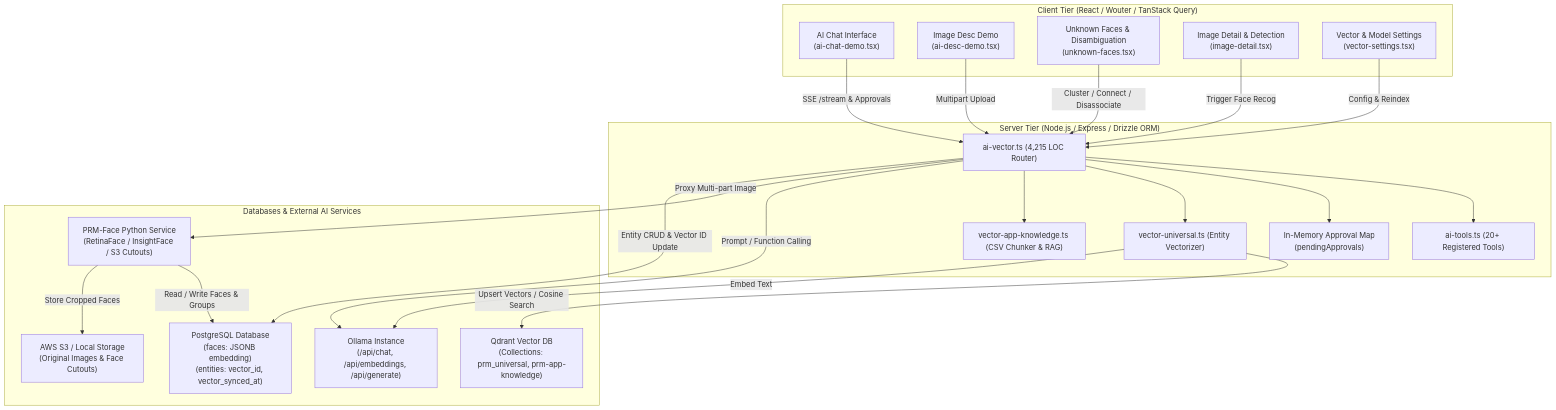
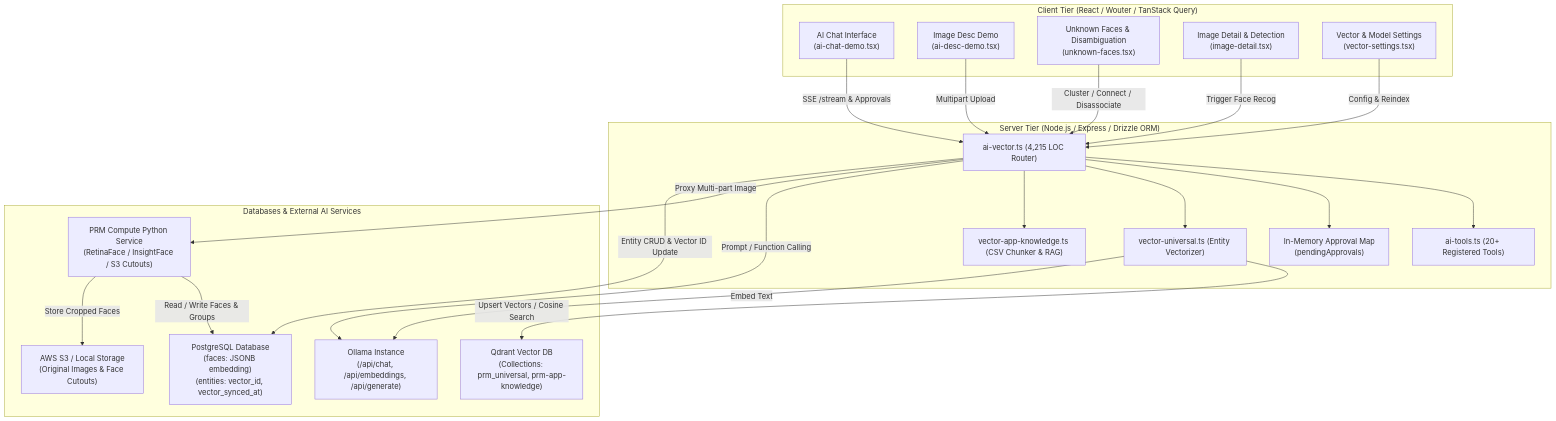
The diagram in good-bad-ugly/07-ai-vector-face-recognition.md (peter812/PRM), drawn with Mermaid before and after one commit. The commit also changed other lines of this file and 164 other files, not shown here.

````diff
--- a/good-bad-ugly/07-ai-vector-face-recognition.md
+++ b/good-bad-ugly/07-ai-vector-face-recognition.md
@@ -27,45 +27,45 @@
 ```mermaid
 flowchart TB
     subgraph Client ["Client Tier (React / Wouter / TanStack Query)"]
         ChatUI["AI Chat Interface<br/>(ai-chat-demo.tsx)"]
         DescUI["Image Desc Demo<br/>(ai-desc-demo.tsx)"]
         FaceUI["Unknown Faces & Disambiguation<br/>(unknown-faces.tsx)"]
         ImageDetailUI["Image Detail & Detection<br/>(image-detail.tsx)"]
         VectorSettings["Vector & Model Settings<br/>(vector-settings.tsx)"]
     end
 
     subgraph Express ["Server Tier (Node.js / Express / Drizzle ORM)"]
         AIVectorRoutes["ai-vector.ts (4,215 LOC Router)"]
         AIToolsRegistry["ai-tools.ts (20+ Registered Tools)"]
         UniversalVecService["vector-universal.ts (Entity Vectorizer)"]
         AppKnowledgeVec["vector-app-knowledge.ts (CSV Chunker & RAG)"]
         ApprovalBus["In-Memory Approval Map<br/>(pendingApprovals)"]
     end
 
     subgraph StorageEngine ["Databases & External AI Services"]
         PG["PostgreSQL Database<br/>(faces: JSONB embedding)<br/>(entities: vector_id, vector_synced_at)"]
         Qdrant["Qdrant Vector DB<br/>(Collections: prm_universal, prm-app-knowledge)"]
         Ollama["Ollama Instance<br/>(/api/chat, /api/embeddings, /api/generate)"]
-        PRMFace["PRM-Face Python Service<br/>(RetinaFace / InsightFace / S3 Cutouts)"]
+        PRMFace["PRM Compute Python Service<br/>(RetinaFace / InsightFace / S3 Cutouts)"]
         S3["AWS S3 / Local Storage<br/>(Original Images & Face Cutouts)"]
     end
 
     ChatUI -->|SSE /stream & Approvals| AIVectorRoutes
     DescUI -->|Multipart Upload| AIVectorRoutes
     FaceUI -->|Cluster / Connect / Disassociate| AIVectorRoutes
     ImageDetailUI -->|Trigger Face Recog| AIVectorRoutes
     VectorSettings -->|Config & Reindex| AIVectorRoutes
 
     AIVectorRoutes --> AIToolsRegistry
     AIVectorRoutes --> ApprovalBus
     AIVectorRoutes --> UniversalVecService
     AIVectorRoutes --> AppKnowledgeVec
 
     UniversalVecService -->|Upsert Vectors / Cosine Search| Qdrant
     UniversalVecService -->|Embed Text| Ollama
     AIVectorRoutes -->|Prompt / Function Calling| Ollama
     AIVectorRoutes -->|Proxy Multi-part Image| PRMFace
     PRMFace -->|Read / Write Faces & Groups| PG
     PRMFace -->|Store Cropped Faces| S3
     AIVectorRoutes -->|Entity CRUD & Vector ID Update| PG
 ```
````
